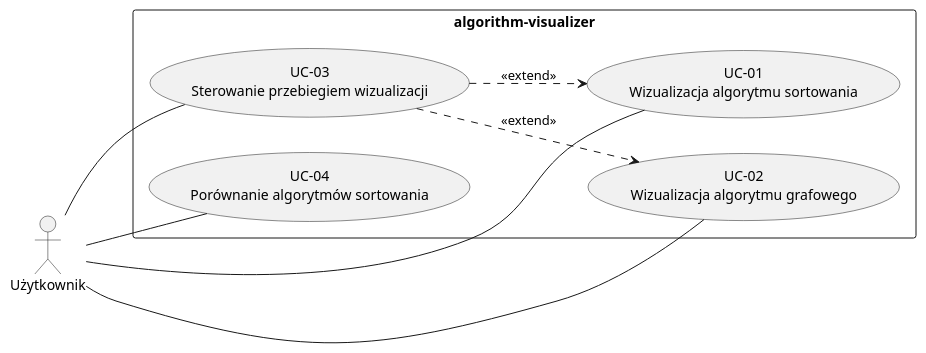
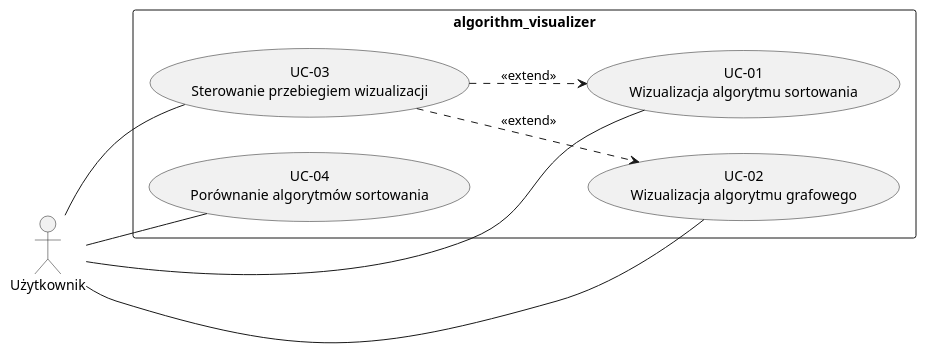
The fourth of 4 diagrams in docs/use_cases/README.md (GorniakL/Algorithm_Visualizer), drawn with PlantUML before and after one commit. The commit also changed other lines of this file and 12 other files, not shown here.

Commit message:
Ujednolicenie nazewnictwa, aktualizacja diagramu oraz klas, dodano komentarze, grafy skierowane, poprawiono kod

````diff
--- a/docs/use_cases/README.md
+++ b/docs/use_cases/README.md
@@ -52,22 +52,22 @@
 ```plantuml
 @startuml
 left to right direction
 
 actor Użytkownik
 
-rectangle "algorithm-visualizer" {
+rectangle "algorithm_visualizer" {
     usecase "UC-01\nWizualizacja algorytmu sortowania" as UC01
     usecase "UC-02\nWizualizacja algorytmu grafowego" as UC02
     usecase "UC-03\nSterowanie przebiegiem wizualizacji" as UC03
     usecase "UC-04\nPorównanie algorytmów sortowania" as UC04
 }
 
 Użytkownik -- UC01
 Użytkownik -- UC02
 Użytkownik -- UC03
 Użytkownik -- UC04
 
 UC03 ..> UC01 : <<extend>>
 UC03 ..> UC02 : <<extend>>
 @enduml
 ```
````
